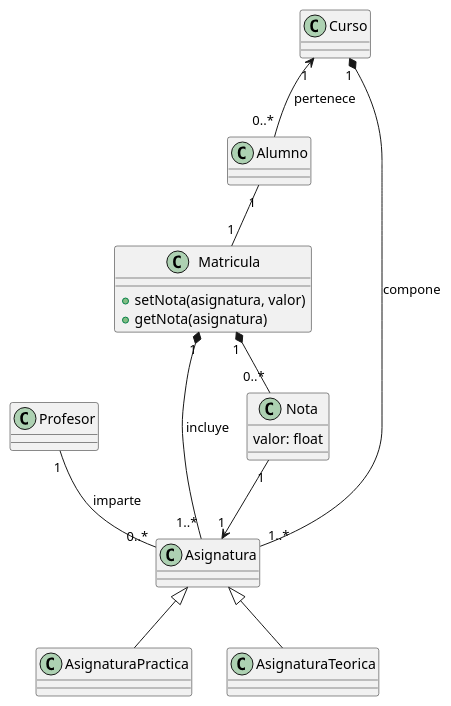
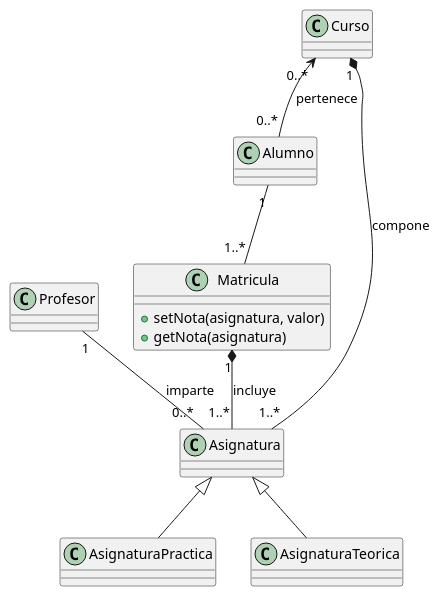
Before and after one commit to alvarogonzalezsotillo/apuntes-clase: the second of 3 diagrams in entornos-de-desarrollo/apuntes/6/ED-06-uml.org, drawn with PlantUML. The commit also changed other lines of this file and 2 other files, not shown here.

```diff
--- a/entornos-de-desarrollo/apuntes/6/ED-06-uml.org
+++ b/entornos-de-desarrollo/apuntes/6/ED-06-uml.org
@@ -111,53 +111,46 @@
 #+begin_src plantuml :file media/profesores-y-asignaturas.svg
 @startuml
 
 class Profesor {
 }
 
 class Alumno {
 }
 
 class Curso {
 }
 
 class Asignatura {
 }
 
 class AsignaturaPractica {
 }
 
 class AsignaturaTeorica {
 }
 
 class Matricula {
     +setNota(asignatura, valor)
     +getNota(asignatura)
 }
 
-class Nota {
-    valor: float
-}
 
 ' Herencia
 Asignatura <|-- AsignaturaPractica
 Asignatura <|-- AsignaturaTeorica
 
 ' Relaciones curso-asignaturas
 Curso "1" *-- "1..*" Asignatura : compone
 
 ' Alumno pertenece a un curso
-Curso "1" <-- "0..*" Alumno : pertenece
+Curso "0..*" <-- "0..*" Alumno : pertenece
 
 ' Profesor imparte asignaturas
 Profesor "1" -- "0..*" Asignatura : imparte
 
 ' Matricula
-Alumno "1" -- "1" Matricula
+Alumno "1" -- "1..*" Matricula
 Matricula "1" *-- "1..*" Asignatura : incluye
-
-' Notas
-Matricula "1" *-- "0..*" Nota
-Nota "1" --> "1" Asignatura
 
 @enduml
 #+end_src
```
